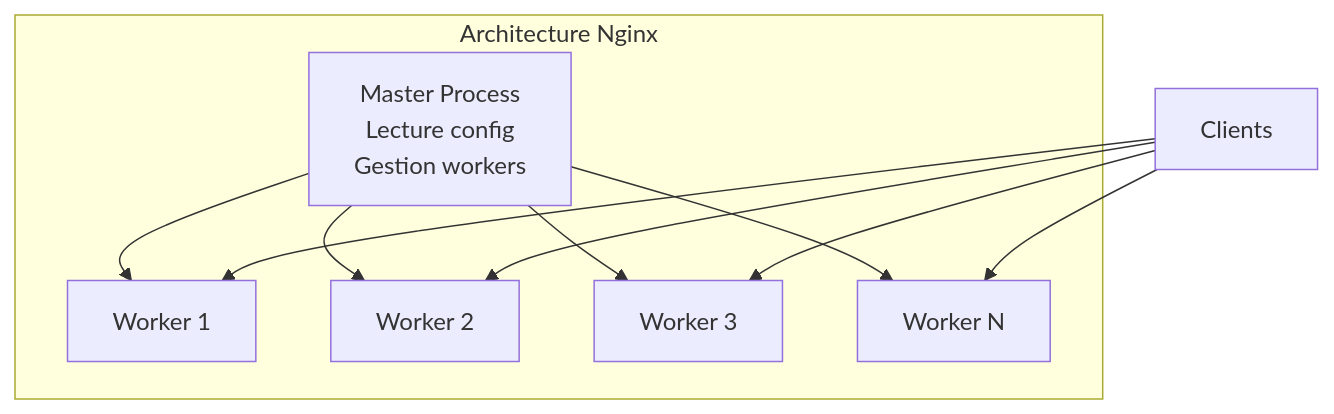
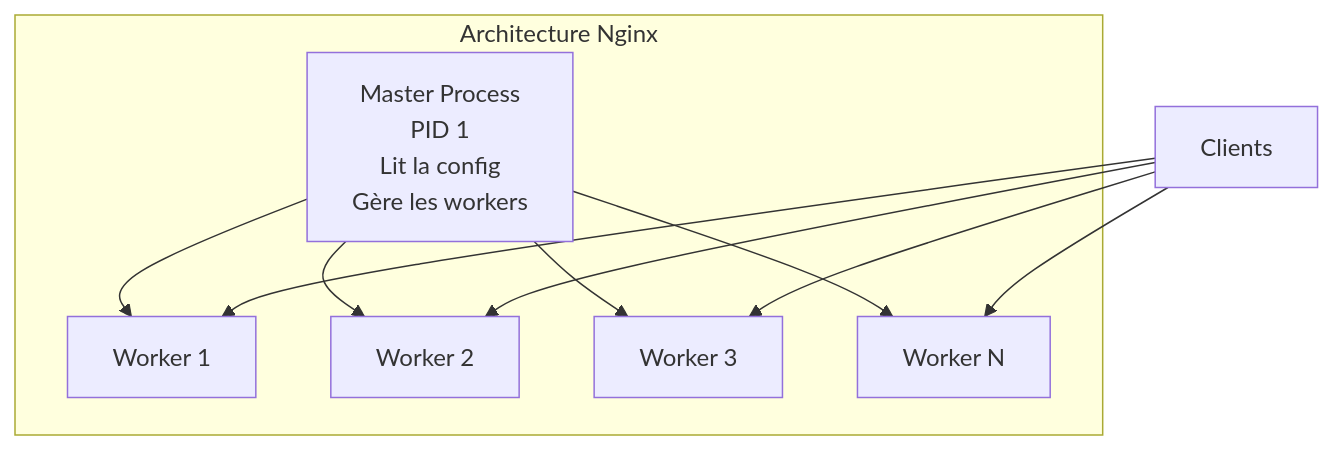
One commit to haythem-rehouma/deploiement-de-solutions-de-donnees changed the second of 5 diagrams in 04-docker-swarm-nginx/8-nginx-introduction.md. Above: the diagram before and after it, drawn with Mermaid. The commit also changed other lines of this file and 9 other files, not shown here.

````diff
--- a/04-docker-swarm-nginx/8-nginx-introduction.md
+++ b/04-docker-swarm-nginx/8-nginx-introduction.md
@@ -48,21 +87,21 @@
 ```mermaid
 graph TB
     subgraph "Architecture Nginx"
-        MASTER[Master Process<br/>Lecture config<br/>Gestion workers]
+        MASTER[Master Process<br/>PID 1<br/>Lit la config<br/>Gère les workers]
         
         W1[Worker 1]
         W2[Worker 2]
         W3[Worker 3]
         W4[Worker N]
         
         MASTER --> W1
         MASTER --> W2
         MASTER --> W3
         MASTER --> W4
     end
     
     CLIENTS[Clients] --> W1
     CLIENTS --> W2
     CLIENTS --> W3
     CLIENTS --> W4
 ```
````
